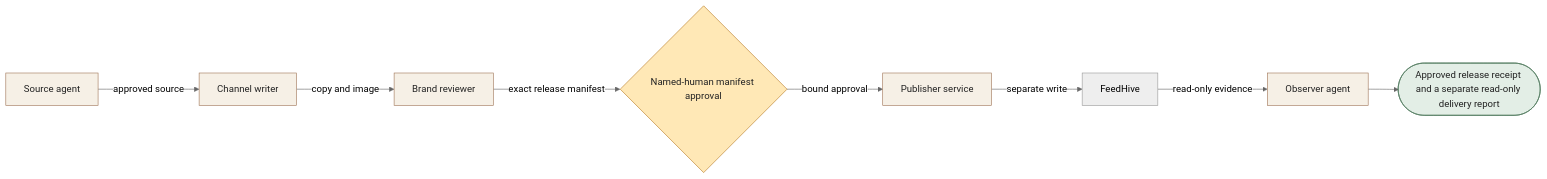
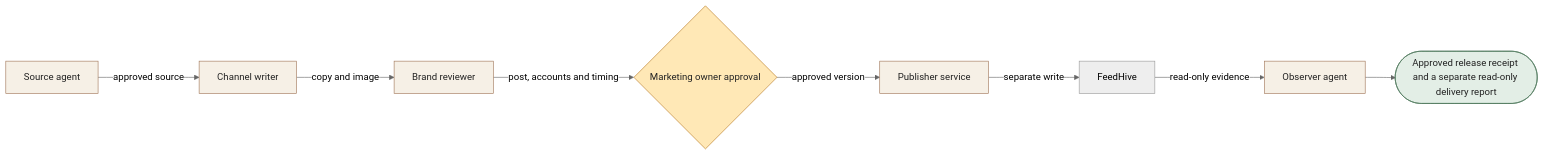
The diagram in docs/workflows/social-command-center.md (dextee/claude-code-agent-team-guide), drawn with Mermaid (neutral theme) before and after one commit. The commit also changed other lines of this file and 23 other files, not shown here.

````diff
--- a/docs/workflows/social-command-center.md
+++ b/docs/workflows/social-command-center.md
@@ -21,23 +21,23 @@
 ```mermaid
 flowchart LR
 A["Source agent"]
 B["Channel writer"]
 C["Brand reviewer"]
 D["Publisher service"]
 E["Observer agent"]
-H{"Named-human manifest approval"}
+H{"Marketing owner approval"}
 O(["Approved release receipt and a separate read-only delivery report"])
 A -->|approved source| B
 B -->|copy and image| C
-C -->|exact release manifest| H
-H -->|bound approval| D
+C -->|post, accounts and timing| H
+H -->|approved version| D
 D -->|separate write| F["FeedHive"]
 F -->|read-only evidence| E
 E --> O
 classDef agent fill:#f6f0e6,stroke:#9f7557,color:#222222
 classDef human fill:#ffe8b6,stroke:#b57821,color:#222222
 classDef outcome fill:#e3eee6,stroke:#4e775c,color:#222222
 class A,B,C,D,E agent
 class H human
 class O outcome
 ```
````
